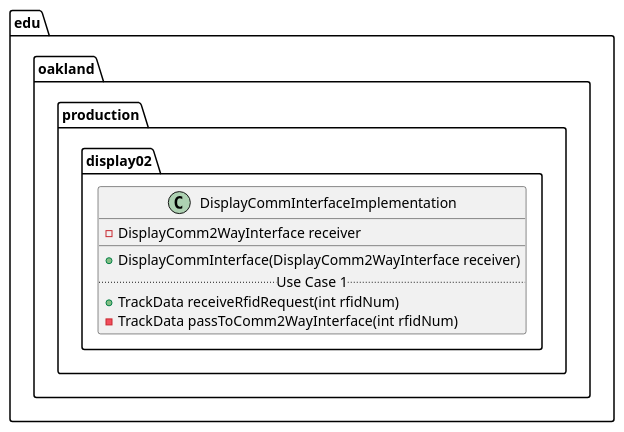
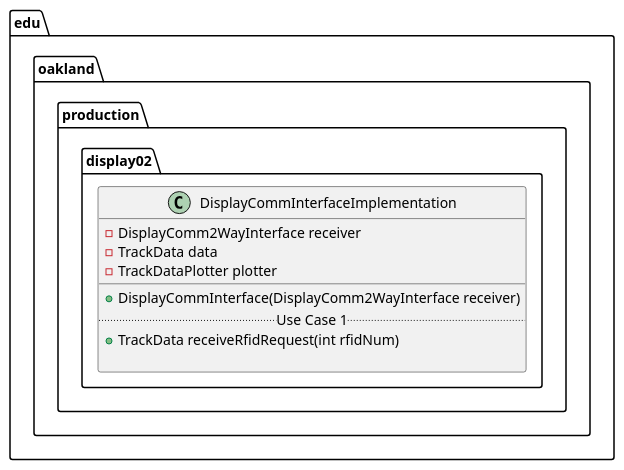
The diagram in docs/uml-class-diagrams/display02/production/DisplayCommInterfaceImplementation/DisplayCommInterfaceImplementation.puml (andrewdimmer/csi-3370-software-project), drawn with PlantUML before and after one commit. The commit also changed 30 other files, not shown here.

First line of the commit message:
Update DisplayCommInterfaceImplementation.puml (#154)

```diff
--- a/docs/uml-class-diagrams/display02/production/DisplayCommInterfaceImplementation/DisplayCommInterfaceImplementation.puml
+++ b/docs/uml-class-diagrams/display02/production/DisplayCommInterfaceImplementation/DisplayCommInterfaceImplementation.puml
@@ -1,14 +1,16 @@
 @startuml DisplayCommInterfaceImplementation
 
 package edu.oakland.production.display02 {
     class DisplayCommInterfaceImplementation {
         - DisplayComm2WayInterface receiver
+        - TrackData data
+        - TrackDataPlotter plotter
         __
         + DisplayCommInterface(DisplayComm2WayInterface receiver)
         .. Use Case 1 ..
         + TrackData receiveRfidRequest(int rfidNum)
-        - TrackData passToComm2WayInterface(int rfidNum)
+        
     }
 }
 
 @enduml
```
